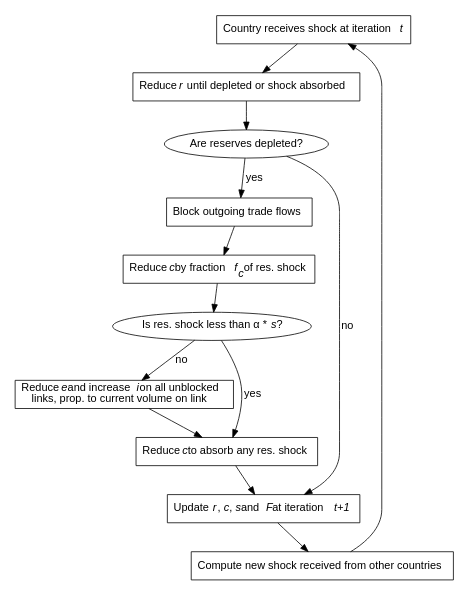
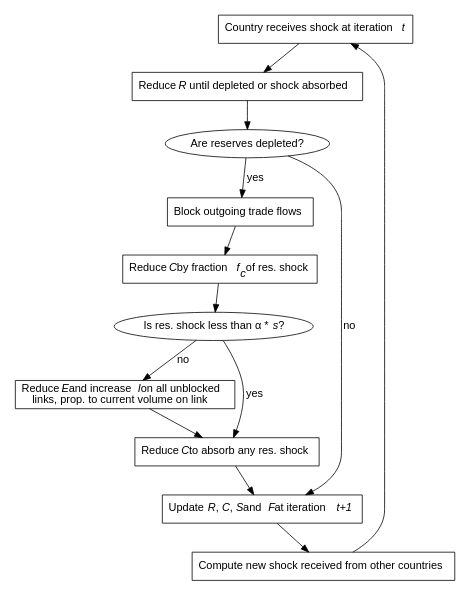
The diagram in model-flow-chart.gv (pmarchand1/cereals-network-shocks), drawn with Graphviz before and after one commit. The commit also changed 2 other files, not shown here.

```diff
--- a/model-flow-chart.gv
+++ b/model-flow-chart.gv
@@ -1,22 +1,22 @@
 digraph sim_model {
     graph [size = 5]
     
     node [shape = box, fontname = "Helvetica-Narrow"]
     A [label = <Country receives shock at iteration <I>t</I>>]
-    B [label = <Reduce <I>r</I>  until depleted or shock absorbed>]
+    B [label = <Reduce <I>R</I>  until depleted or shock absorbed>]
     C [shape = ellipse, label = <Are reserves depleted?>]
     D [label = <Block outgoing trade flows>]
-    E [label = <Reduce <I>c</I> by fraction <I>f<SUB>c</SUB></I> of res. shock>]
+    E [label = <Reduce <I>C</I> by fraction <I>f<SUB>c</SUB></I> of res. shock>]
     F [shape = ellipse, label = <Is res. shock less than &alpha; * <I>s</I>?>]
-    G [label = <Reduce <I>e</I> and increase <I>i</I> on all unblocked <BR/> links, prop. to current volume on link>]
-    H [label = <Reduce <I>c</I> to absorb any res. shock>]
-    I [label = <Update <I>r</I>, <I>c</I>, <I>s</I> and <I>F</I> at iteration <I>t+1</I>>]
+    G [label = <Reduce <I>E</I> and increase <I>I</I> on all unblocked <BR/> links, prop. to current volume on link>]
+    H [label = <Reduce <I>C</I> to absorb any res. shock>]
+    I [label = <Update <I>R</I>, <I>C</I>, <I>S</I> and <I>F</I> at iteration <I>t+1</I>>]
     J [label = <Compute new shock received from other countries>]
 
     edge [fontname = "Helvetica-Narrow"]
     A -> B B -> C
     C -> D [label = " yes"]; C -> I [label = " no"]
     D -> E; E -> F
     F -> H [label = " yes"]; F -> G [label = " no"]
     G -> H; H -> I; I -> J; J -> A
 }
```
